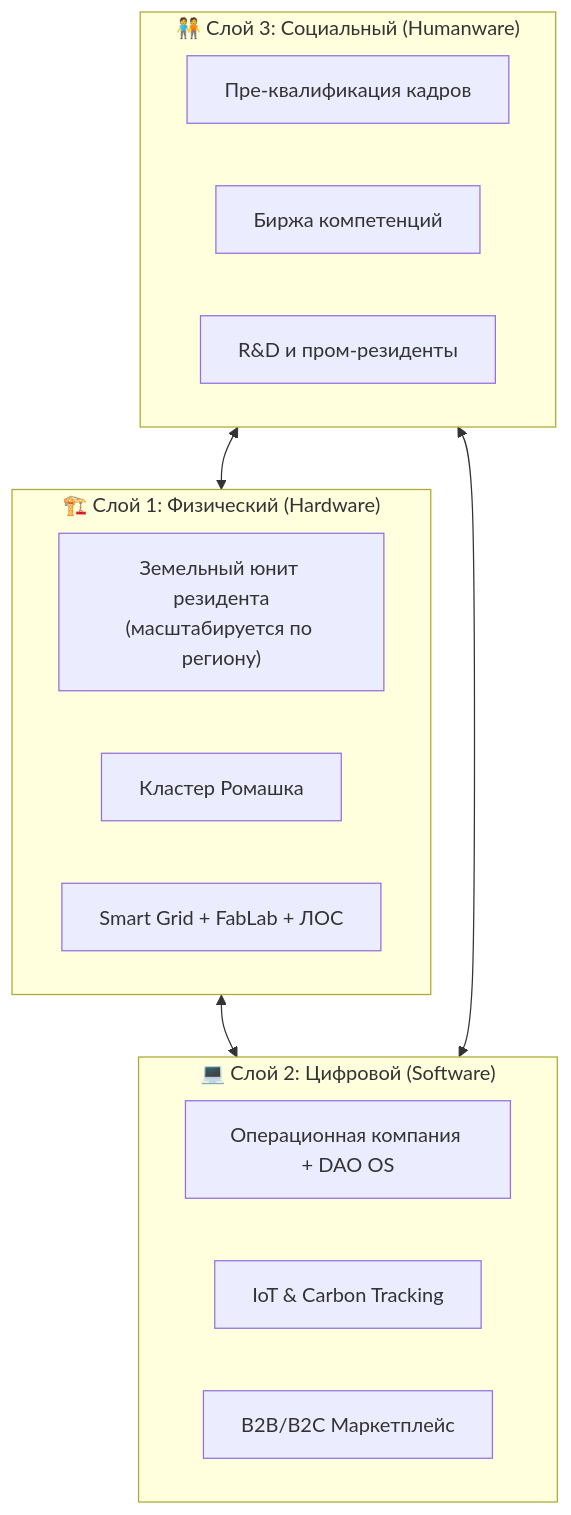
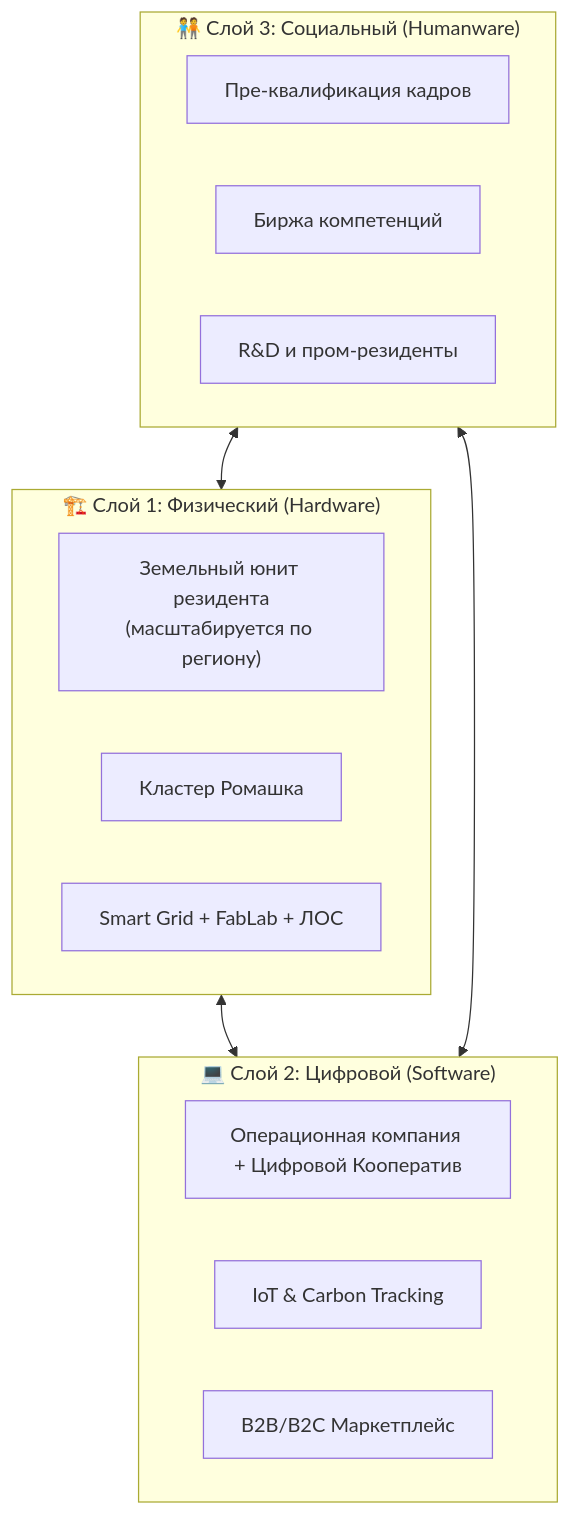
One commit to NeuroLoft/NEURO-ESTATE changed the second of 7 diagrams in ТЭО_Родовое_Поместье_Кейс/ТЭО_Родовое_Поместье_Раздел_3_Описание_концепции.md. Above: the diagram before and after it, drawn with Mermaid. The commit also changed other lines of this file and 33 other files, not shown here.

````diff
--- a/ТЭО_Родовое_Поместье_Кейс/ТЭО_Родовое_Поместье_Раздел_3_Описание_концепции.md
+++ b/ТЭО_Родовое_Поместье_Кейс/ТЭО_Родовое_Поместье_Раздел_3_Описание_концепции.md
@@ -89,21 +89,21 @@
 ```mermaid
 flowchart TB
     subgraph HW["🏗️ Слой 1: Физический (Hardware)"]
         HW1["Земельный юнит резидента\n(масштабируется по региону)"]
         HW2["Кластер Ромашка"]
         HW3["Smart Grid + FabLab + ЛОС"]
     end
     subgraph SW["💻 Слой 2: Цифровой (Software)"]
-        SW1["Операционная компания + DAO OS"]
+        SW1["Операционная компания + Цифровой Кооператив"]
         SW2["IoT & Carbon Tracking"]
         SW3["B2B/B2C Маркетплейс"]
     end
     subgraph SO["🧑‍🤝‍🧑 Слой 3: Социальный (Humanware)"]
         SO1["Пре-квалификация кадров"]
         SO2["Биржа компетенций"]
         SO3["R&D и пром-резиденты"]
     end
     HW <--> SW
     SW <--> SO
     SO <--> HW
 ```
````
